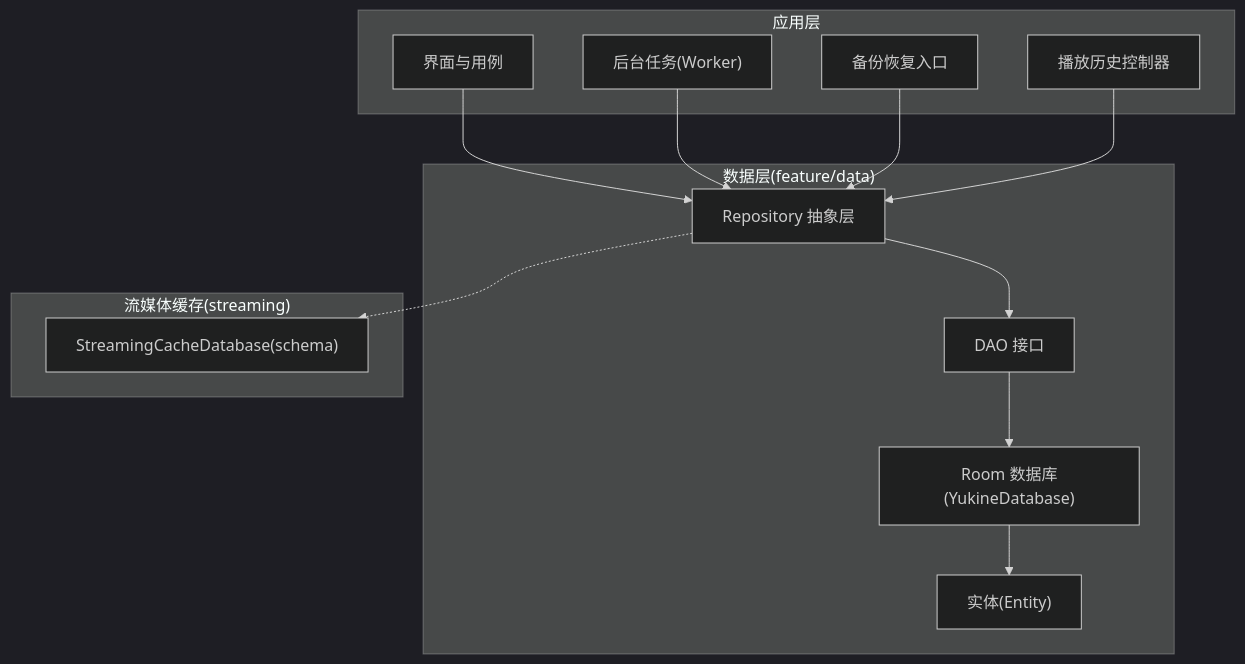
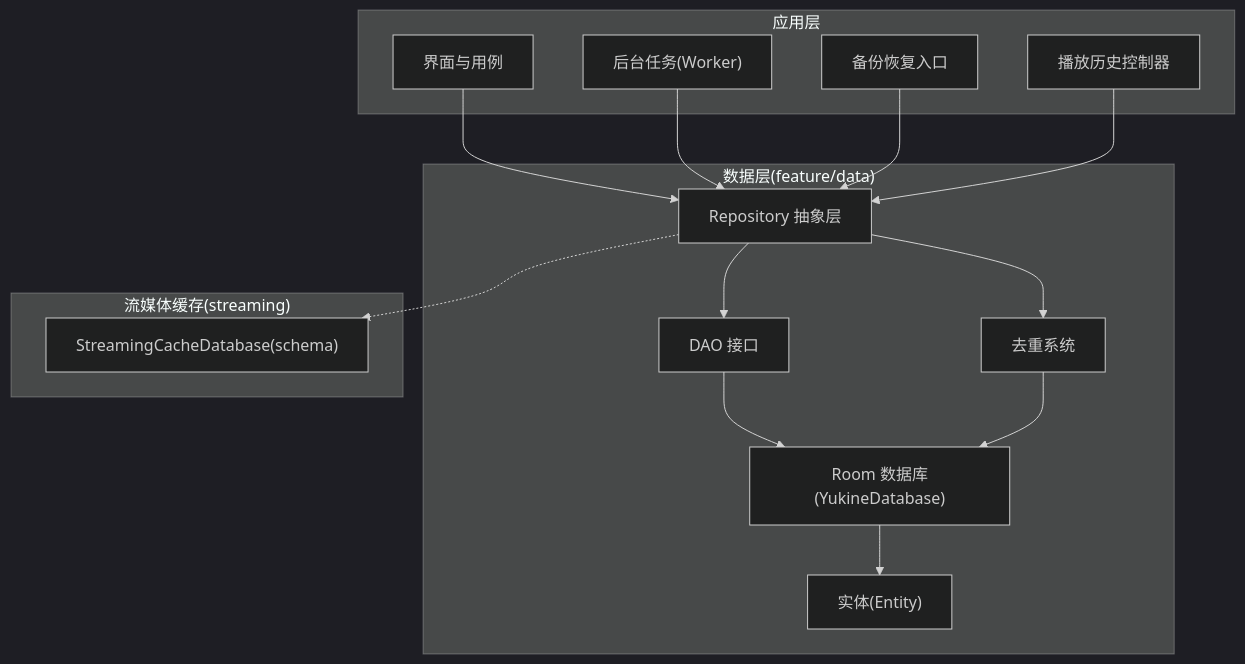
The first of 13 diagrams in .qoder/repowiki/zh/content/数据层/数据层.md (ysyhlly/Yukine-android), drawn with Mermaid (dark theme) before and after one commit. The commit also changed other lines of this file and 158 other files, not shown here.

````diff
--- a/.qoder/repowiki/zh/content/数据层/数据层.md
+++ b/.qoder/repowiki/zh/content/数据层/数据层.md
@@ -38,26 +50,29 @@
 ```mermaid
 graph TB
 subgraph "应用层"
 UI["界面与用例"]
 Workers["后台任务(Worker)"]
 Backup["备份恢复入口"]
 HistoryCtrl["播放历史控制器"]
 end
 subgraph "数据层(feature/data)"
 Repo["Repository 抽象层"]
 DAO["DAO 接口"]
 DB["Room 数据库(YukineDatabase)"]
 Entities["实体(Entity)"]
+DedupSystem["去重系统"]
 end
 subgraph "流媒体缓存(streaming)"
 CacheDB["StreamingCacheDatabase(schema)"]
 end
 UI --> Repo
 Workers --> Repo
 Backup --> Repo
 HistoryCtrl --> Repo
 Repo --> DAO
 DAO --> DB
 DB --> Entities
 Repo -.-> CacheDB
+Repo --> DedupSystem
+DedupSystem --> DB
 ```
````
